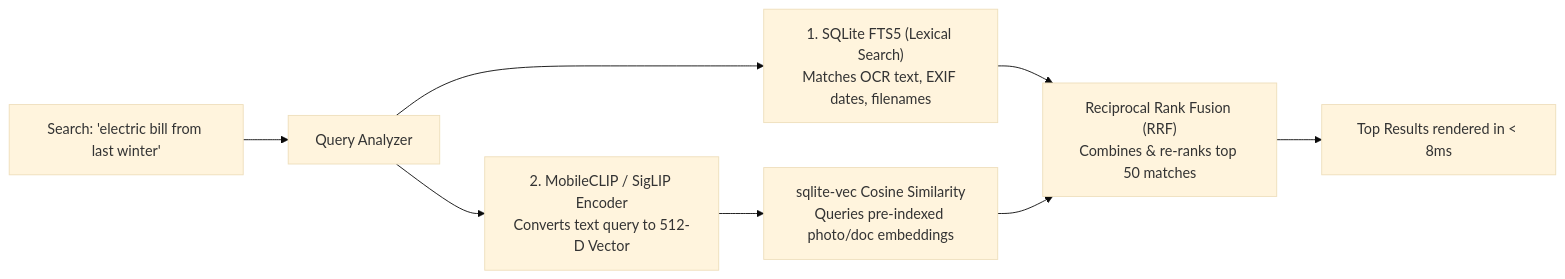
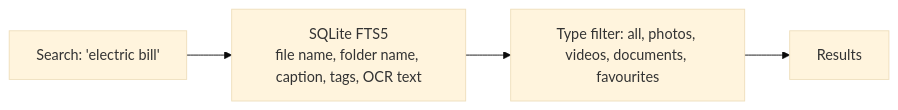
One commit to SumitKanchan4/SecurePhotos changed the third of 7 diagrams in docs/architecture.md. Above: the diagram before and after it, drawn with Mermaid (base theme). The commit also changed other lines of this file and 15 other files, not shown here.

````diff
--- a/docs/architecture.md
+++ b/docs/architecture.md
@@ -110,14 +96,6 @@
 ```mermaid
 flowchart LR
-    UserQuery["Search: 'electric bill from last winter'"] --> QueryParser[Query Analyzer]
-    
-    QueryParser --> TextBranch["1. SQLite FTS5 (Lexical Search)<br/>Matches OCR text, EXIF dates, filenames"]
-    QueryParser --> VectorBranch["2. MobileCLIP / SigLIP Encoder<br/>Converts text query to 512-D Vector"]
-    
-    VectorBranch --> VectorSearch["sqlite-vec Cosine Similarity<br/>Queries pre-indexed photo/doc embeddings"]
-    
-    TextBranch --> RRF["Reciprocal Rank Fusion (RRF)<br/>Combines & re-ranks top 50 matches"]
-    VectorSearch --> RRF
-    
-    RRF --> TopResults["Top Results rendered in < 8ms"]
+    UserQuery["Search: 'electric bill'"] --> FTS["SQLite FTS5<br/>file name, folder name, caption, tags, OCR text"]
+    FTS --> Filters["Type filter: all, photos, videos, documents, favourites"]
+    Filters --> Results[Results]
 ```
````
